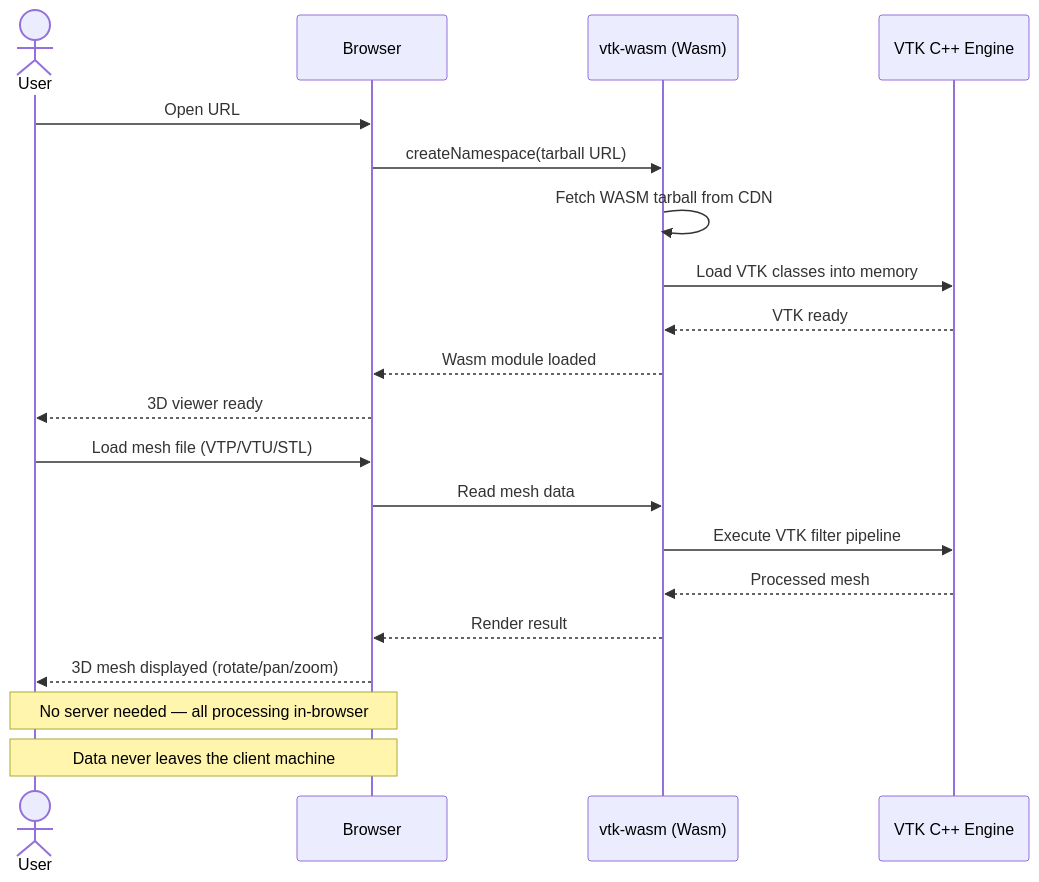
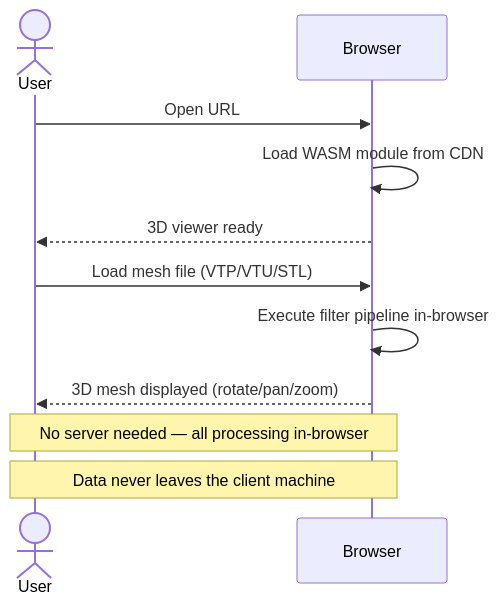
One commit to tkoyama010/pyvista-wasm changed the first of 4 diagrams in slides/slides.md. Above: the diagram before and after it, drawn with Mermaid.

Commit message:
docs: simplify sequence diagram to User and Browser only

````diff
--- a/slides/slides.md
+++ b/slides/slides.md
@@ -230,25 +230,16 @@
-```mermaid {scale: 0.55}
+```mermaid {scale: 0.65}
 sequenceDiagram
     actor U as User
     participant B as Browser
-    participant W as vtk-wasm (Wasm)
-    participant V as VTK C++ Engine
 
     U->>B: Open URL
-    B->>W: createNamespace(tarball URL)
-    W->>W: Fetch WASM tarball from CDN
-    W->>V: Load VTK classes into memory
-    V-->>W: VTK ready
-    W-->>B: Wasm module loaded
+    B->>B: Load WASM module from CDN
     B-->>U: 3D viewer ready
 
     U->>B: Load mesh file (VTP/VTU/STL)
-    B->>W: Read mesh data
-    W->>V: Execute VTK filter pipeline
-    V-->>W: Processed mesh
-    W-->>B: Render result
+    B->>B: Execute filter pipeline in-browser
     B-->>U: 3D mesh displayed (rotate/pan/zoom)
 
     Note over U,B: No server needed — all processing in-browser
     Note over U,B: Data never leaves the client machine
 ```
````
